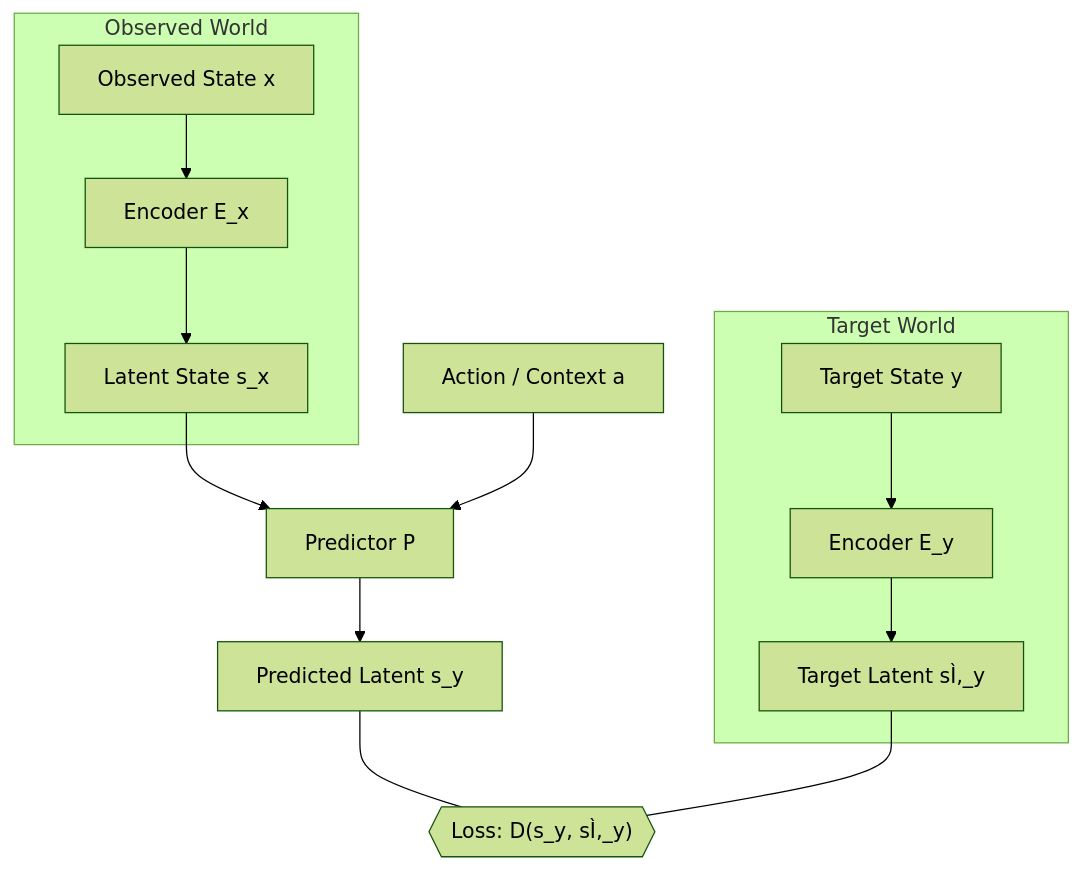
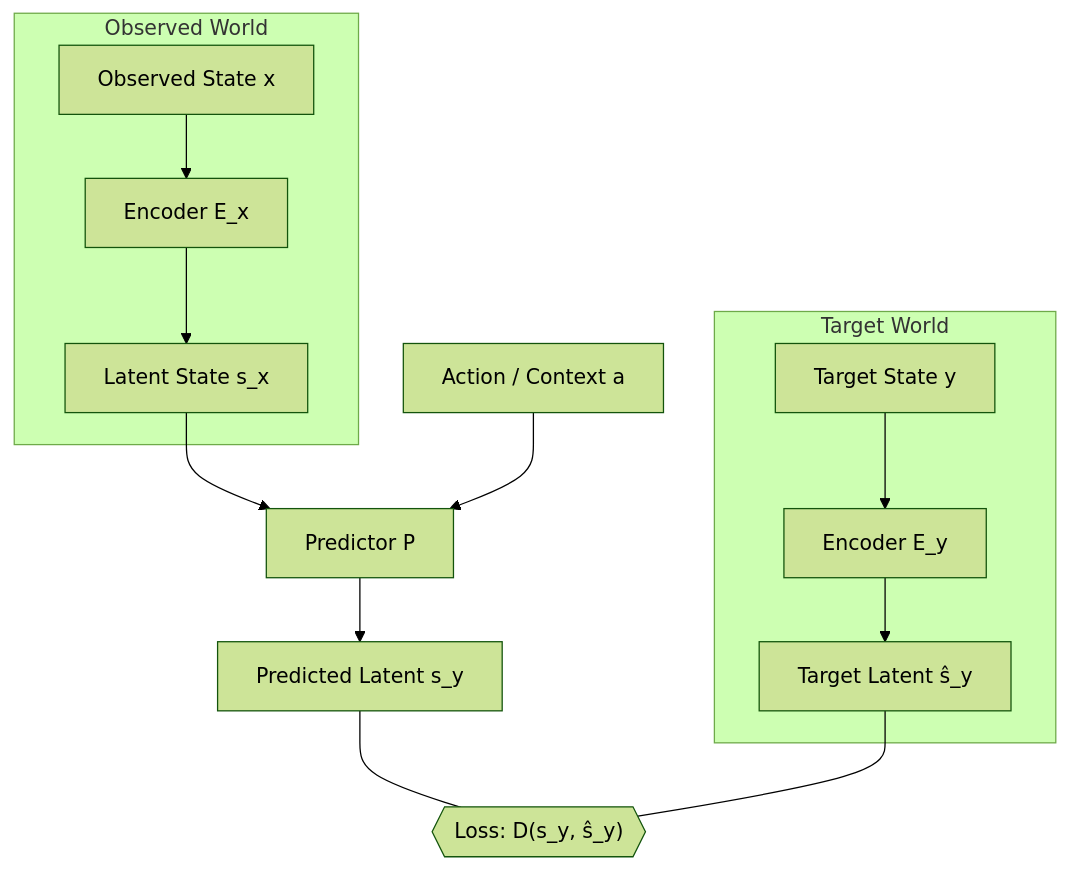
Before and after one commit to mynameisjpg/mynameisjpg: the third of 4 diagrams in _posts/2026-09-24-lecun-world-models-jepa.md, drawn with Mermaid (forest theme). The commit also changed other lines of this file and 2 other files, not shown here.

Commit message:
fix(diagram): enhance legibility of sensory bandwidth comparison chart and fix encoding artifacts

````diff
--- a/_posts/2026-09-24-lecun-world-models-jepa.md
+++ b/_posts/2026-09-24-lecun-world-models-jepa.md
@@ -143,19 +148,19 @@
 ```mermaid
 flowchart TD
     subgraph Observed ["Observed World"]
         X["Observed State x"] --> EX["Encoder E_x"]
         EX --> SX["Latent State s_x"]
     end
 
     subgraph Target ["Target World"]
         Y["Target State y"] --> EY["Encoder E_y"]
-        EY --> SY["Target Latent sÌ‚_y"]
+        EY --> SY["Target Latent ŝ_y"]
     end
 
     SX --> P["Predictor P"]
     A["Action / Context a"] --> P
     P --> PSY["Predicted Latent s_y"]
 
-    PSY --- LOSS{{"Loss: D(s_y, sÌ‚_y)"}}
+    PSY --- LOSS{{"Loss: D(s_y, ŝ_y)"}}
     SY --- LOSS
 ```
````
